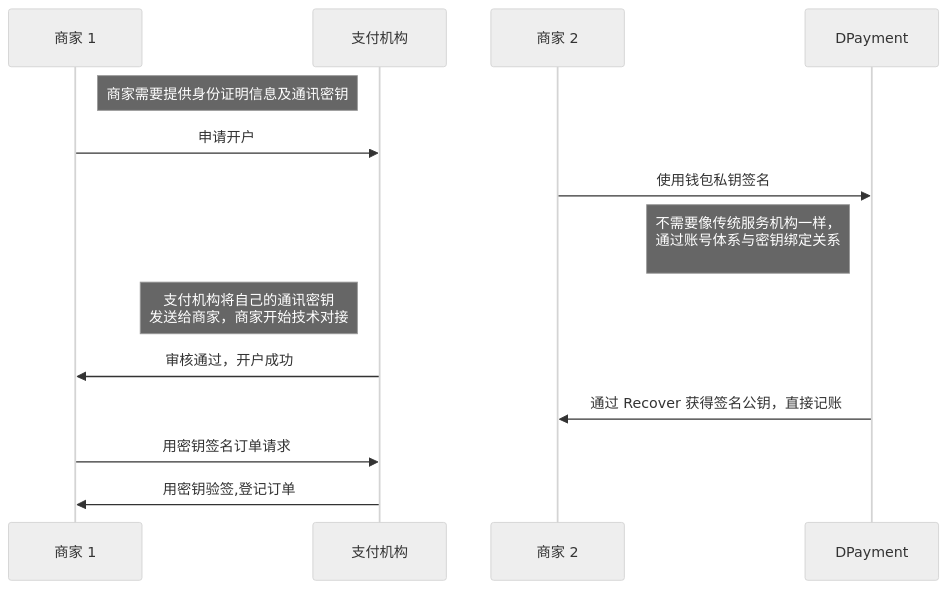
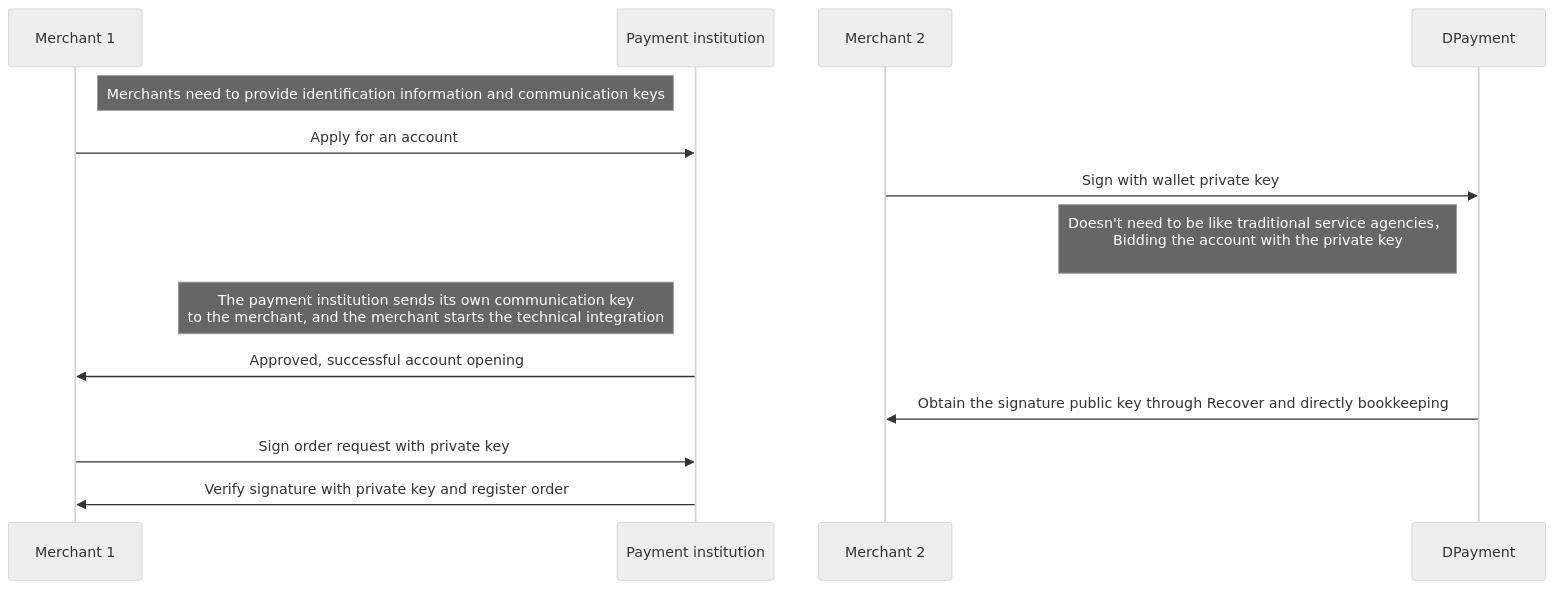
One commit to nulls-network/acala-hackathon-ppt changed the second of 2 diagrams in index_en.md. Above: the diagram before and after it, drawn with Mermaid (neutral theme). The commit also changed other lines of this file and 1 other file, not shown here.

````diff
--- a/index_en.md
+++ b/index_en.md
@@ -143,12 +143,12 @@
 ```mermaid
 sequenceDiagram
-Note right of 商家 1 : 商家需要提供身份证明信息及通讯密钥
-商家 1 ->> 支付机构 : 申请开户
-商家 2 ->> DPayment : 使用钱包私钥签名
-Note left of DPayment : 不需要像传统服务机构一样，<br />通过账号体系与密钥绑定关系<br />
-Note left of 支付机构 : 支付机构将自己的通讯密钥<br />发送给商家，商家开始技术对接
-支付机构 ->> 商家 1 : 审核通过，开户成功
-DPayment ->> 商家 2 : 通过 Recover 获得签名公钥，直接记账
-商家 1 ->> 支付机构 : 用密钥签名订单请求
-支付机构 ->> 商家 1 : 用密钥验签,登记订单
+Note right of Merchant 1 : Merchants need to provide identification information and communication keys
+Merchant 1 ->> Payment institution : Apply for an account
+Merchant 2 ->> DPayment : Sign with wallet private key
+Note left of DPayment : Doesn't need to be like traditional service agencies，<br />Bidding the account with the private key<br />
+Note left of Payment institution : The payment institution sends its own communication key<br /> to the merchant, and the merchant starts the technical integration
+Payment institution ->> Merchant 1 : Approved, successful account opening
+DPayment ->> Merchant 2 : Obtain the signature public key through Recover and directly bookkeeping
+Merchant 1 ->> Payment institution : Sign order request with private key
+Payment institution ->> Merchant 1 : Verify signature with private key and register order
 ```
````
